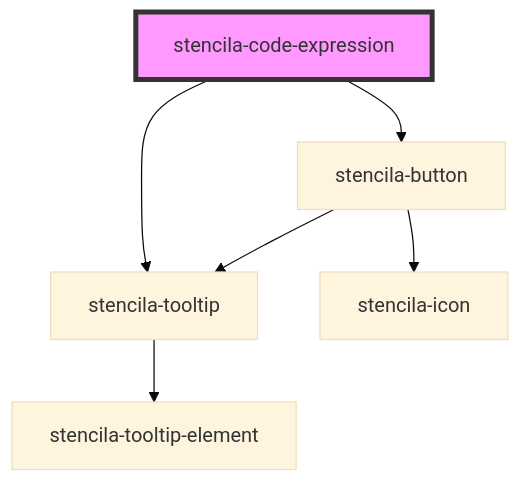
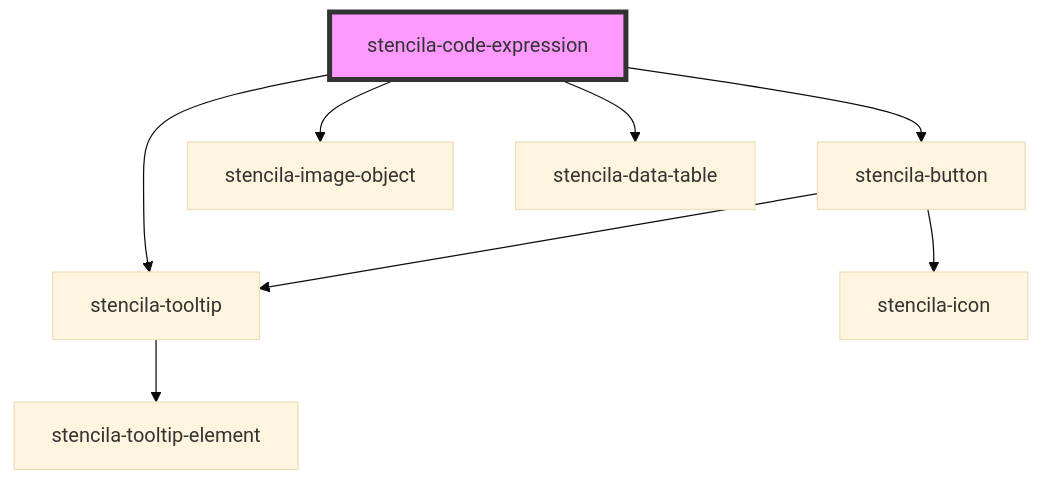
Before and after one commit to stencila/designa: the diagram in packages/components/src/components/codeExpression/readme.md, drawn with Mermaid (base theme). The commit also changed other lines of this file and 6 other files, not shown here.

Commit message:
feat(CodeExpression): Update CodeExpression outputs when executing code

````diff
--- a/packages/components/src/components/codeExpression/readme.md
+++ b/packages/components/src/components/codeExpression/readme.md
@@ -55,9 +57,11 @@
 ```mermaid
 graph TD;
   stencila-code-expression --> stencila-button
   stencila-code-expression --> stencila-tooltip
+  stencila-code-expression --> stencila-image-object
+  stencila-code-expression --> stencila-data-table
   stencila-button --> stencila-icon
   stencila-button --> stencila-tooltip
   stencila-tooltip --> stencila-tooltip-element
   style stencila-code-expression fill:#f9f,stroke:#333,stroke-width:4px
 ```
````
